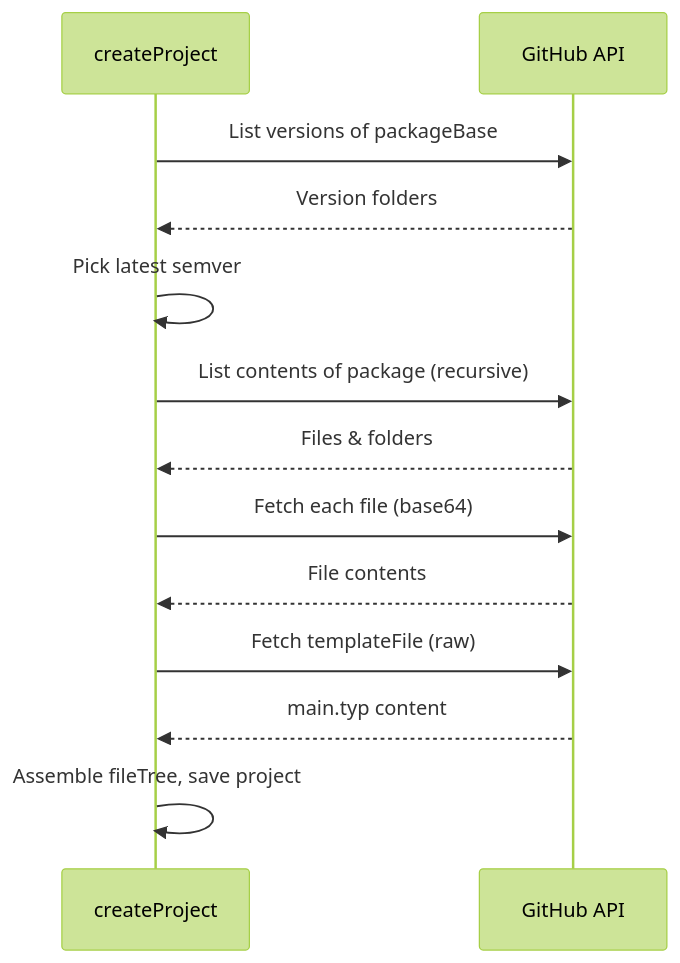
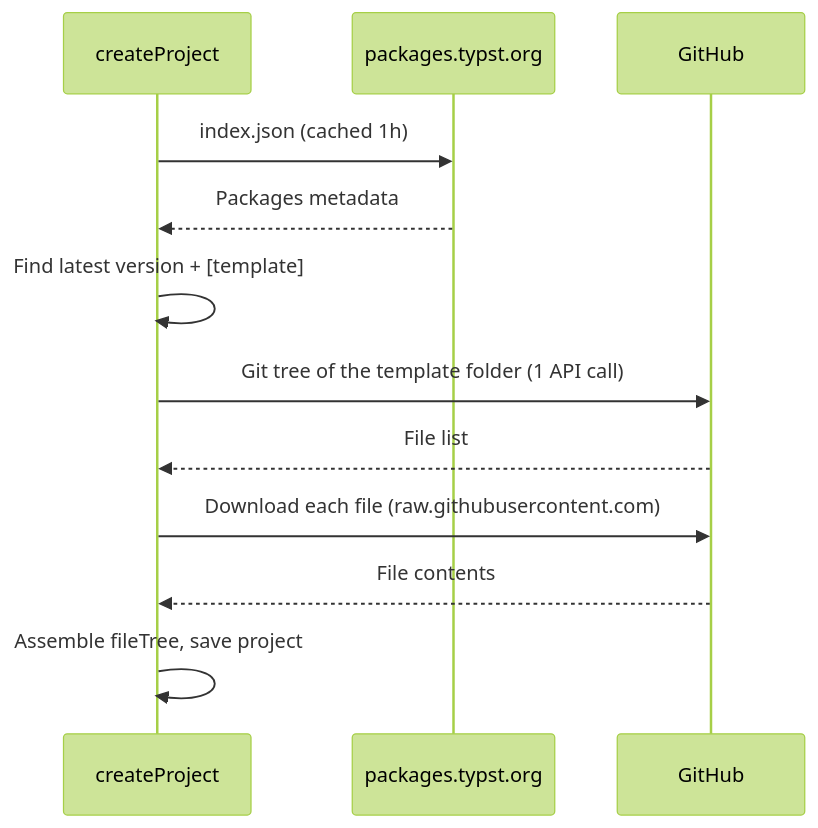
One commit to ISC-HEI/tisc-editor changed the diagram in docs/docs/techdocs/core-systems/templates.md. Above: the diagram before and after it, drawn with Mermaid (forest theme). The commit also changed other lines of this file and 3 other files, not shown here.

````diff
--- a/docs/docs/techdocs/core-systems/templates.md
+++ b/docs/docs/techdocs/core-systems/templates.md
@@ -51,16 +48,15 @@
 ```mermaid
 sequenceDiagram
     participant Action as createProject
-    participant GH as GitHub API
+    participant TU as packages.typst.org
+    participant GH as GitHub
 
-    Action->>GH: List versions of packageBase
-    GH-->>Action: Version folders
-    Action->>Action: Pick latest semver
-    Action->>GH: List contents of package (recursive)
-    GH-->>Action: Files & folders
-    Action->>GH: Fetch each file (base64)
+    Action->>TU: index.json (cached 1h)
+    TU-->>Action: Packages metadata
+    Action->>Action: Find latest version + [template]
+    Action->>GH: Git tree of the template folder (1 API call)
+    GH-->>Action: File list
+    Action->>GH: Download each file (raw.githubusercontent.com)
     GH-->>Action: File contents
-    Action->>GH: Fetch templateFile (raw)
-    GH-->>Action: main.typ content
     Action->>Action: Assemble fileTree, save project
 ```
````
